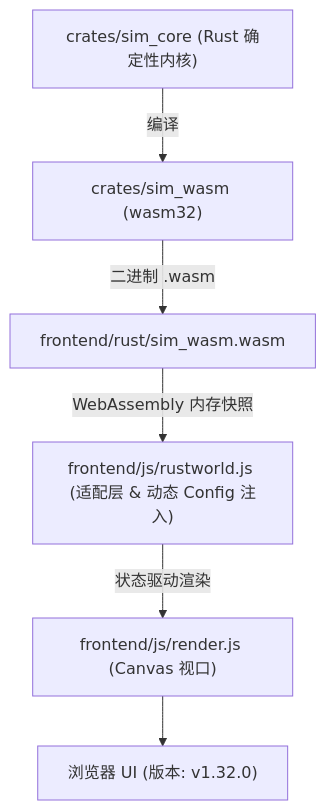
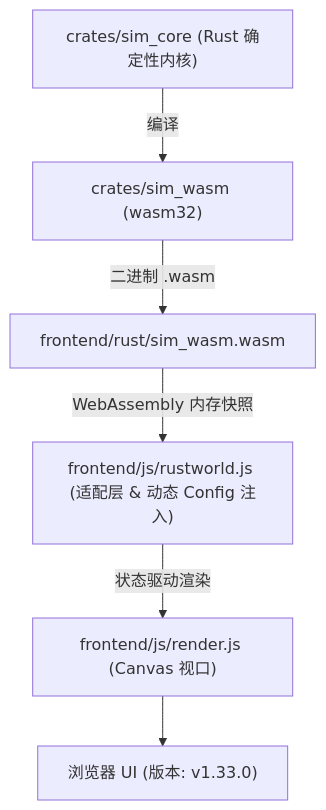
Before and after one commit to g39088902/FlowAndAccord: the diagram in AGENTS.md, drawn with Mermaid. The commit also changed other lines of this file and 20 other files, not shown here.

````diff
--- a/AGENTS.md
+++ b/AGENTS.md
@@ -51,8 +51,8 @@
 ```mermaid
 graph TD
     A["crates/sim_core (Rust 确定性内核)"] -->|编译| B["crates/sim_wasm (wasm32)"]
     B -->|二进制 .wasm| C["frontend/rust/sim_wasm.wasm"]
     C -->|WebAssembly 内存快照| D["frontend/js/rustworld.js (适配层 & 动态 Config 注入)"]
     D -->|状态驱动渲染| E["frontend/js/render.js (Canvas 视口)"]
-    E --> F["浏览器 UI (版本: v1.32.0)"]
+    E --> F["浏览器 UI (版本: v1.33.0)"]
 ```
````
